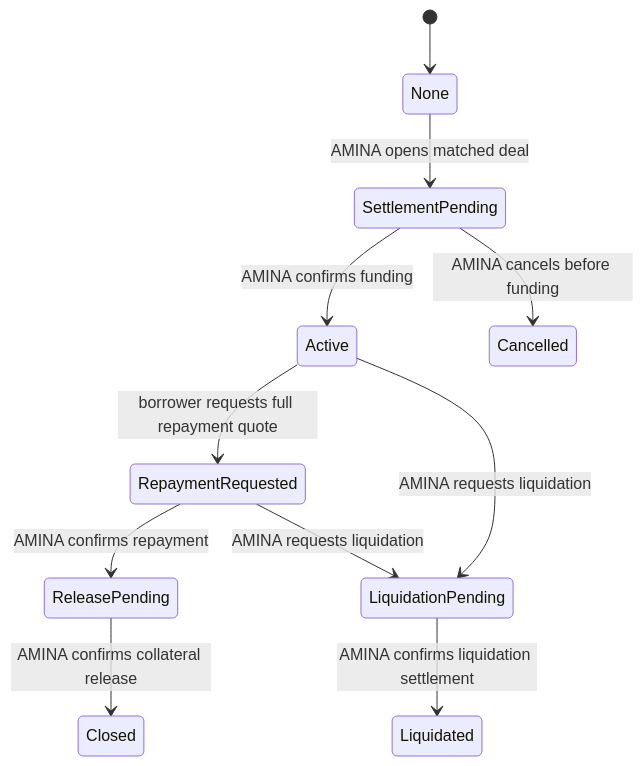
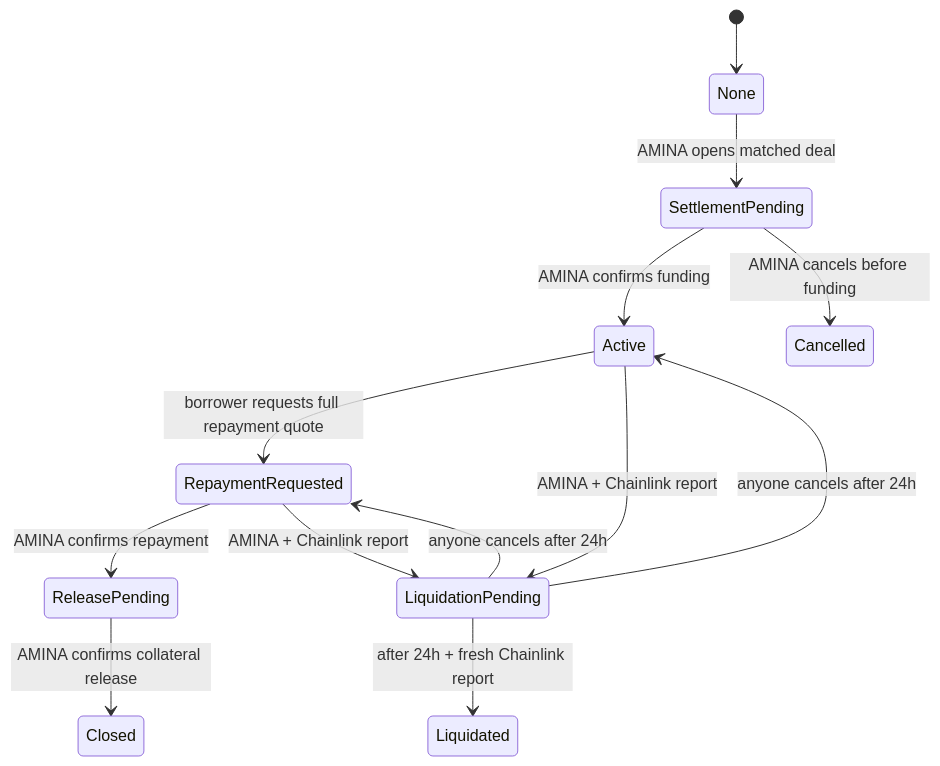
Before and after one commit to sanbir/P2PxAmina: the fourth of 7 diagrams in docs/Triora-architecture-simplified.md, drawn with Mermaid. The commit also changed other lines of this file and 4 other files, not shown here.

````diff
--- a/docs/Triora-architecture-simplified.md
+++ b/docs/Triora-architecture-simplified.md
@@ -184,13 +185,15 @@
 ```mermaid
 stateDiagram-v2
     [*] --> None
     None --> SettlementPending: AMINA opens matched deal
     SettlementPending --> Active: AMINA confirms funding
     SettlementPending --> Cancelled: AMINA cancels before funding
     Active --> RepaymentRequested: borrower requests full repayment quote
     RepaymentRequested --> ReleasePending: AMINA confirms repayment
     ReleasePending --> Closed: AMINA confirms collateral release
-    Active --> LiquidationPending: AMINA requests liquidation
-    RepaymentRequested --> LiquidationPending: AMINA requests liquidation
-    LiquidationPending --> Liquidated: AMINA confirms liquidation settlement
+    Active --> LiquidationPending: AMINA + Chainlink report
+    RepaymentRequested --> LiquidationPending: AMINA + Chainlink report
+    LiquidationPending --> Liquidated: after 24h + fresh Chainlink report
+    LiquidationPending --> Active: anyone cancels after 24h
+    LiquidationPending --> RepaymentRequested: anyone cancels after 24h
 ```
````
